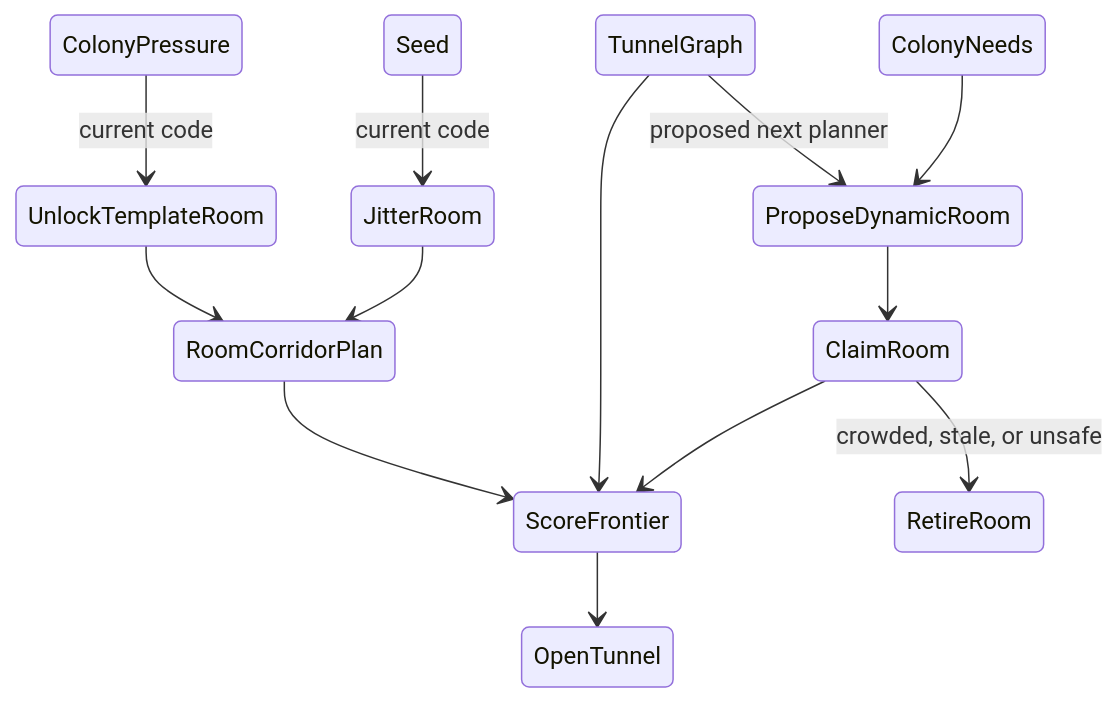
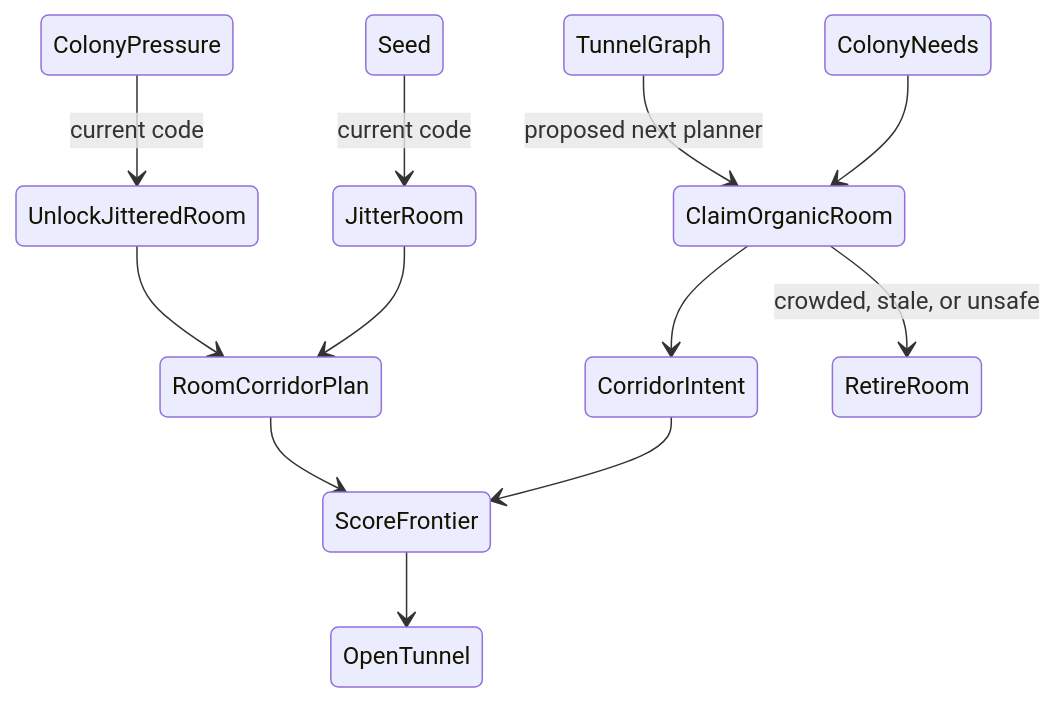
The fourth of 8 diagrams in docs/ant-state-machine.md (brusberg/brendenbrusberg.com), drawn with Mermaid before and after one commit. The commit also changed other lines of this file and 2 other files, not shown here.

Commit message:
fix(sim): stabilize colony storage behavior

````diff
--- a/docs/ant-state-machine.md
+++ b/docs/ant-state-machine.md
@@ -301,16 +316,15 @@
 ```mermaid
 stateDiagram-v2
-  ColonyPressure --> UnlockTemplateRoom: current code
+  ColonyPressure --> UnlockJitteredRoom: current code
   Seed --> JitterRoom: current code
-  UnlockTemplateRoom --> RoomCorridorPlan
+  UnlockJitteredRoom --> RoomCorridorPlan
   JitterRoom --> RoomCorridorPlan
   RoomCorridorPlan --> ScoreFrontier
-  TunnelGraph --> ScoreFrontier
   ScoreFrontier --> OpenTunnel
 
-  TunnelGraph --> ProposeDynamicRoom: proposed next planner
-  ColonyNeeds --> ProposeDynamicRoom
-  ProposeDynamicRoom --> ClaimRoom
-  ClaimRoom --> ScoreFrontier
-  ClaimRoom --> RetireRoom: crowded, stale, or unsafe
+  TunnelGraph --> ClaimOrganicRoom: proposed next planner
+  ColonyNeeds --> ClaimOrganicRoom
+  ClaimOrganicRoom --> CorridorIntent
+  CorridorIntent --> ScoreFrontier
+  ClaimOrganicRoom --> RetireRoom: crowded, stale, or unsafe
 ```
````
